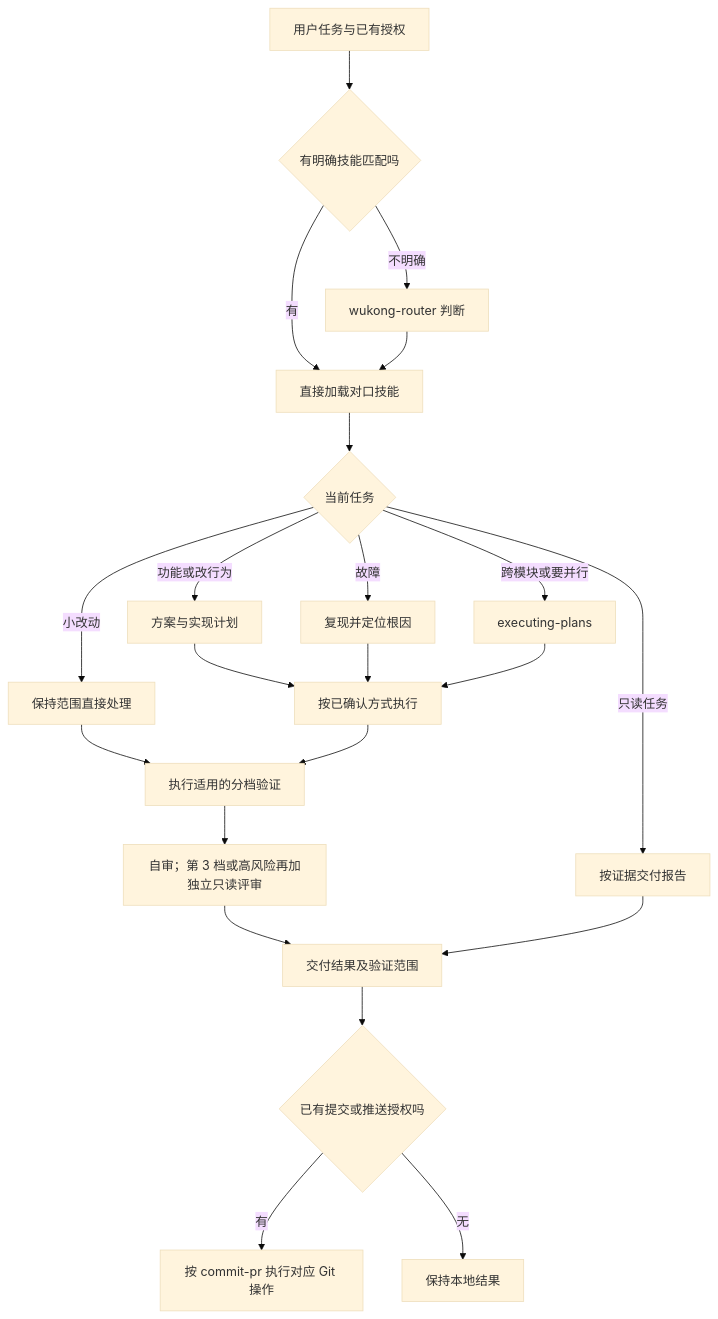
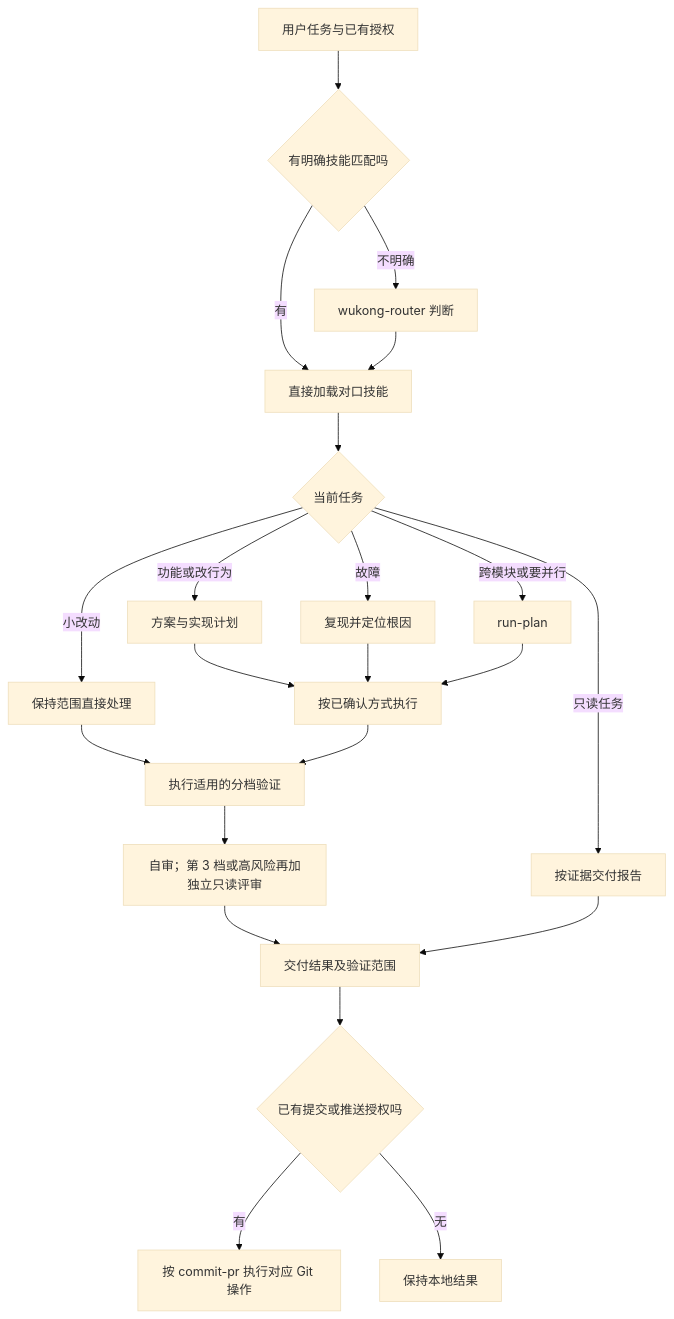
Before and after one commit to Acefake/s-skills: the diagram in docs/architecture.md, drawn with Mermaid (base theme). The commit also changed other lines of this file and 143 other files, not shown here.

First line of the commit message:
refactor(skills): 简化 11 个长技能名并更新 README 全景图，发布 1.0.41

````diff
--- a/docs/architecture.md
+++ b/docs/architecture.md
@@ -40,23 +40,23 @@
 ```mermaid
 flowchart TD
     Task[用户任务与已有授权] --> Match{有明确技能匹配吗}
     Match -->|有| Skill[直接加载对口技能]
     Match -->|不明确| Router[wukong-router 判断] --> Skill
     Skill --> Kind{当前任务}
     Kind -->|小改动| Direct[保持范围直接处理]
     Kind -->|功能或改行为| Design[方案与实现计划]
     Kind -->|故障| Debug[复现并定位根因]
-    Kind -->|跨模块或要并行| Plans[executing-plans]
+    Kind -->|跨模块或要并行| Plans[run-plan]
     Kind -->|只读任务| Report[按证据交付报告]
     Design --> Run[按已确认方式执行]
     Debug --> Run
     Plans --> Run
     Direct --> Verify[执行适用的分档验证]
     Run --> Verify
     Verify --> Review[自审；第 3 档或高风险再加独立只读评审]
     Review --> Done[交付结果及验证范围]
     Report --> Done
     Done --> Git{已有提交或推送授权吗}
     Git -->|有| Publish[按 commit-pr 执行对应 Git 操作]
     Git -->|无| Local[保持本地结果]
 ```
````
